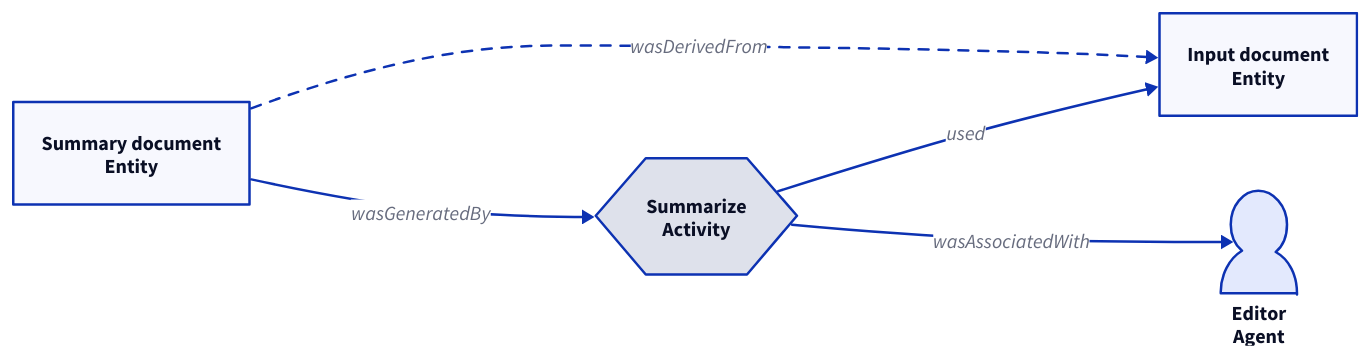
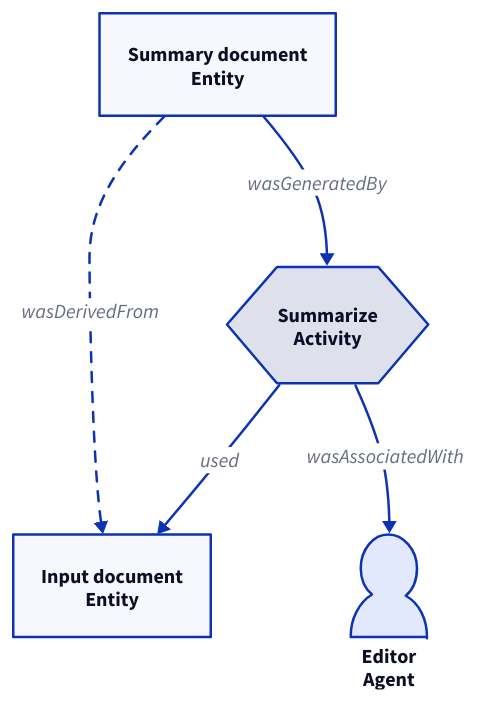
The diagram in diagrams/models/prov-relations.d2 (xiongxianfei/knowledge-practice-system), drawn with D2 before and after one commit. The commit also changed 3 other files, not shown here.

Commit message:
refine: make explanatory diagram layouts readable at document width

```diff
--- a/diagrams/models/prov-relations.d2
+++ b/diagrams/models/prov-relations.d2
@@ -1,11 +1,11 @@
 # W3C PROV-DM explanatory subset with relation directions preserved.
 # Synthetic conversion example; not a formal PROV serialization.
-direction: right
+direction: down
 input: "Input document\nEntity"
 activity: "Summarize\nActivity" {shape: hexagon}
 output: "Summary document\nEntity"
 agent: "Editor\nAgent" {shape: person}
 activity -> input: used
 output -> activity: wasGeneratedBy
 activity -> agent: wasAssociatedWith
 output -> input: wasDerivedFrom {style.stroke-dash: 4}
```
